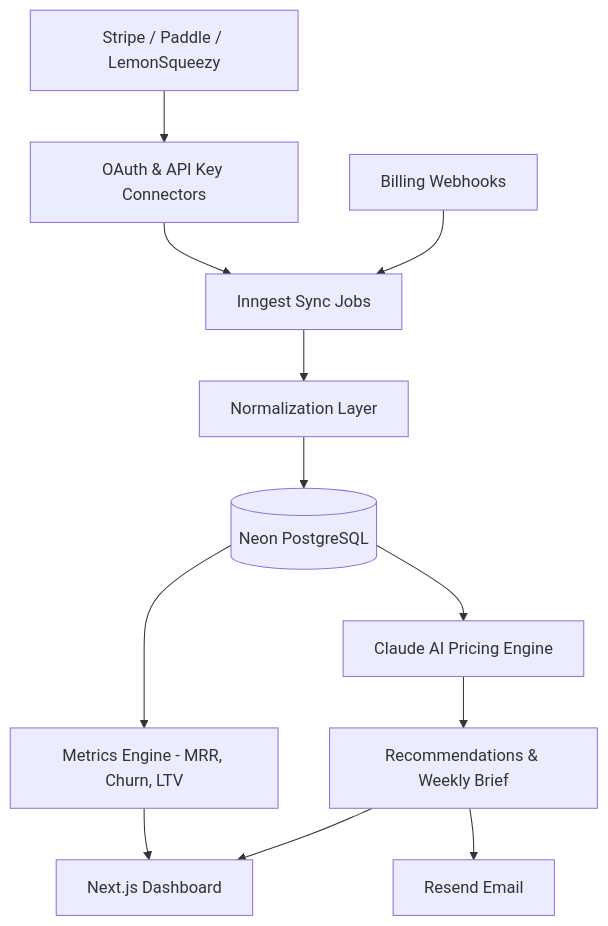
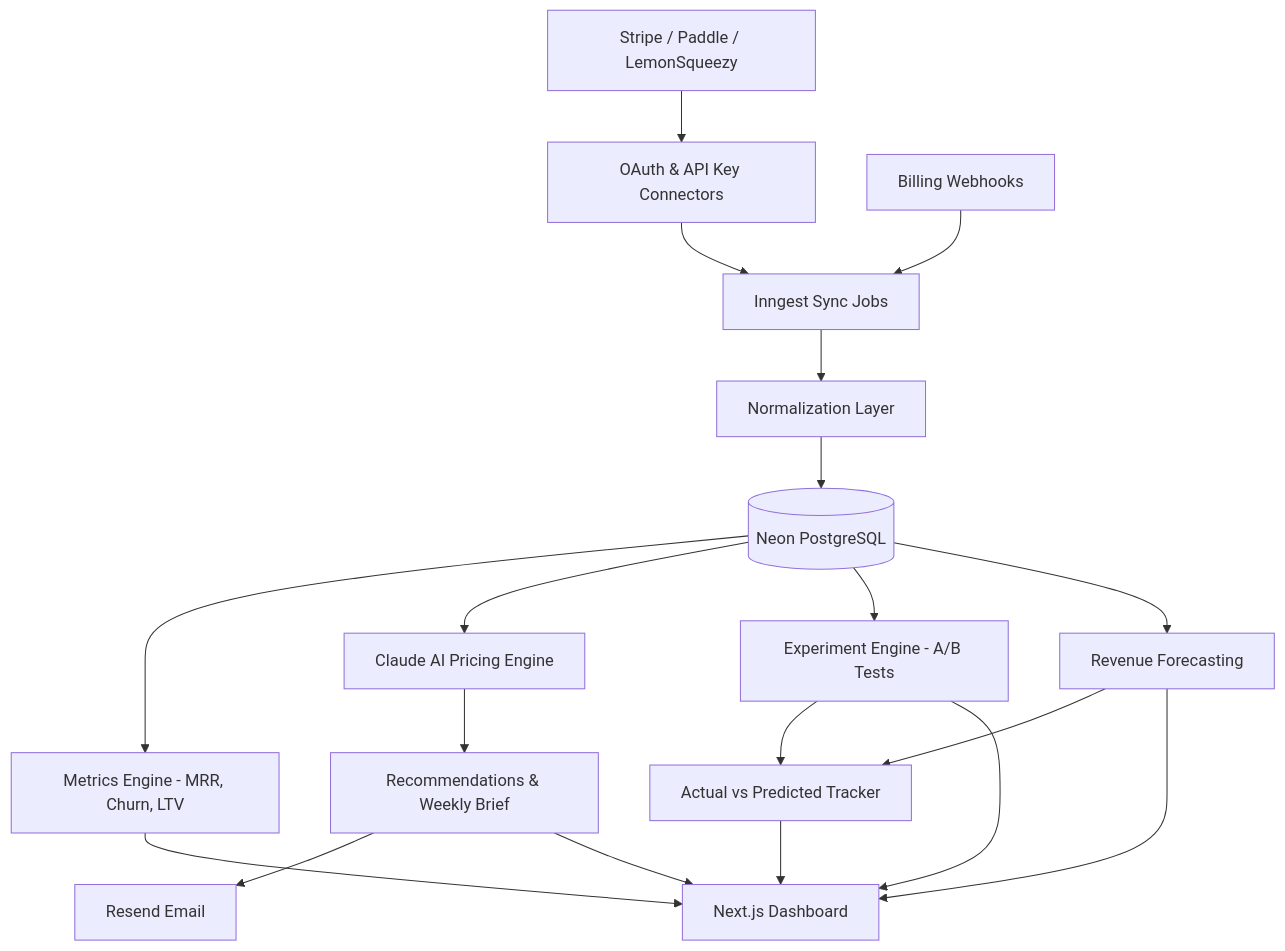
Before and after one commit to merickarpat/merickarpat: the second of 2 diagrams in README.md, drawn with Mermaid. The commit also changed other lines of this file, not shown here.

First line of the commit message:
Add Retell AI to Heyfield and experiment/forecast to RevTune

````diff
--- a/README.md
+++ b/README.md
@@ -122,17 +126,25 @@
 ```mermaid
 flowchart TB
   stripe[Stripe / Paddle / LemonSqueezy] --> connect[OAuth & API Key Connectors]
   connect --> sync[Inngest Sync Jobs]
   webhooks[Billing Webhooks] --> sync
 
   sync --> normalize[Normalization Layer]
   normalize --> db[(Neon PostgreSQL)]
 
   db --> metrics[Metrics Engine - MRR, Churn, LTV]
   db --> ai[Claude AI Pricing Engine]
   ai --> insights[Recommendations & Weekly Brief]
 
+  db --> experiments[Experiment Engine - A/B Tests]
+  db --> forecast[Revenue Forecasting]
+  experiments --> impact[Actual vs Predicted Tracker]
+  forecast --> impact
+
   insights --> resend[Resend Email]
   metrics --> dashboard[Next.js Dashboard]
   insights --> dashboard
+  experiments --> dashboard
+  forecast --> dashboard
+  impact --> dashboard
 ```
````
